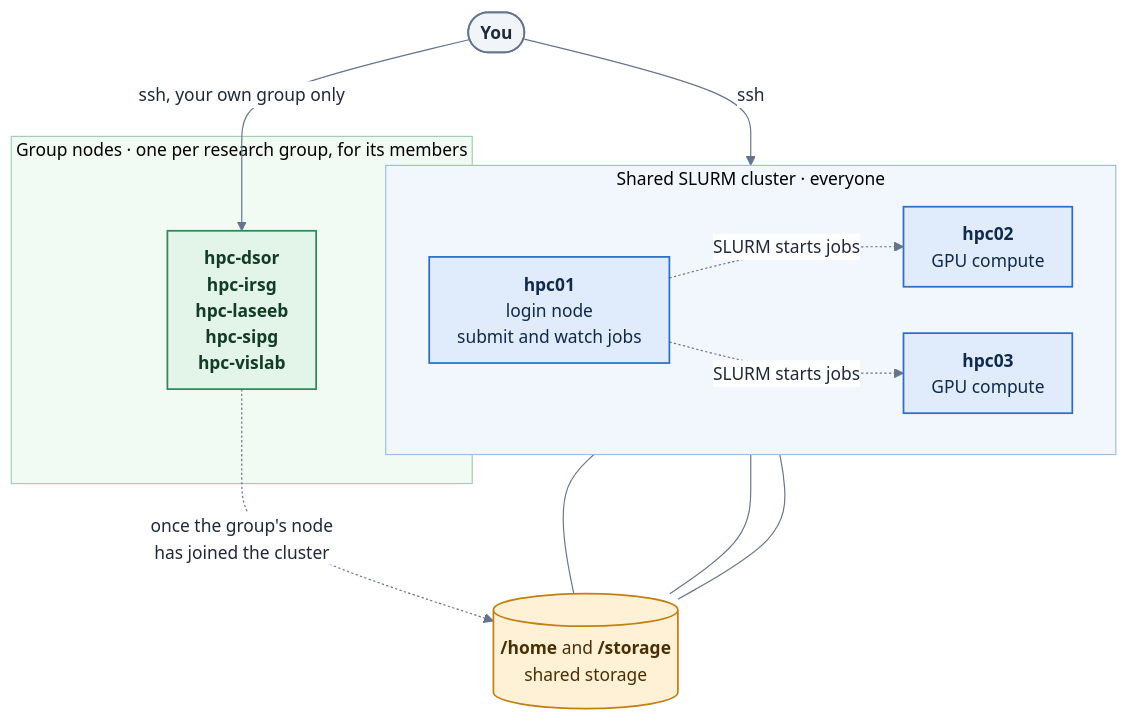
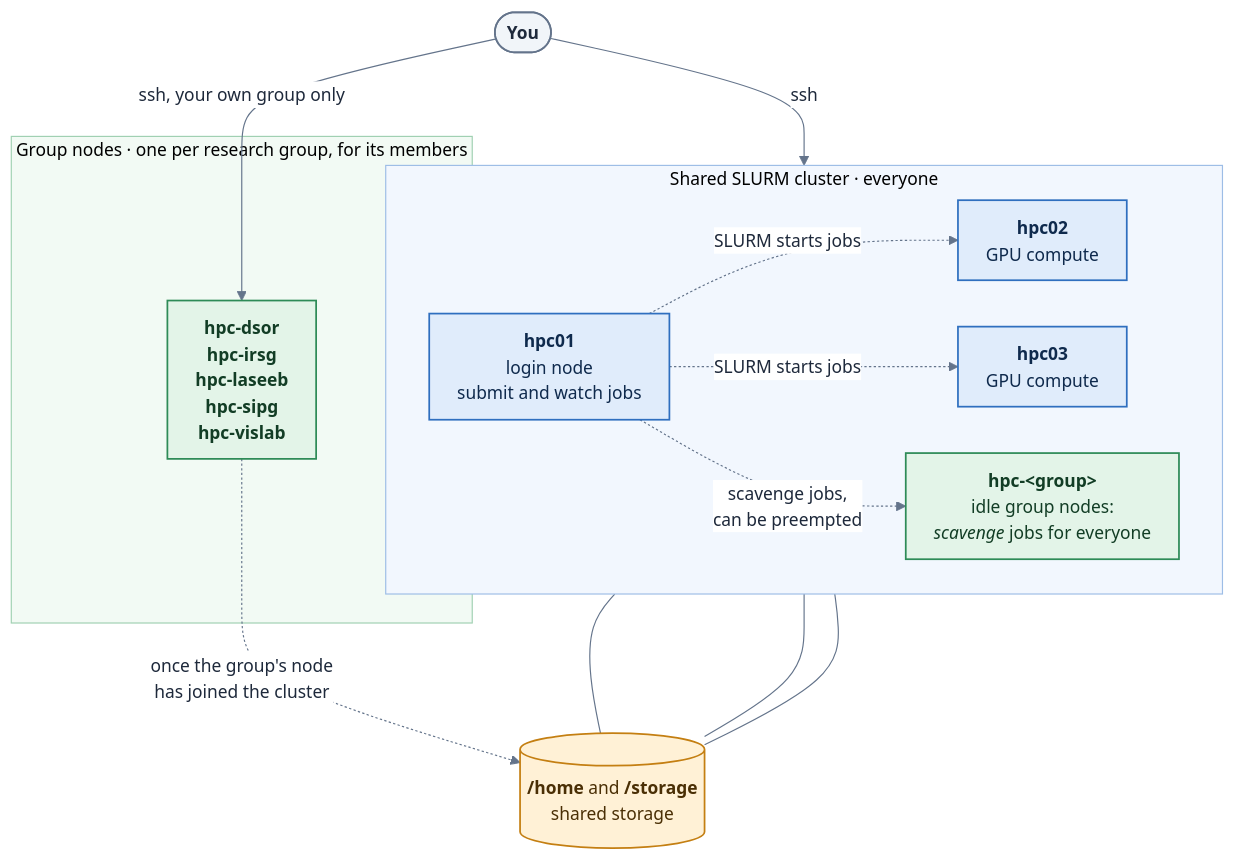
Before and after one commit to hpc-isr/hpc-docs: the diagram in docs/overview/cluster.md, drawn with Mermaid.

Commit message:
Cluster at a glance: show idle group nodes as scavenge capacity in the shared cluster

````diff
--- a/docs/overview/cluster.md
+++ b/docs/overview/cluster.md
@@ -23,34 +23,36 @@
 ```mermaid
 %%{init: {"theme": "base", "flowchart": {"curve": "basis", "nodeSpacing": 40, "rankSpacing": 50, "padding": 12}, "themeVariables": {"fontFamily": "Inter, Segoe UI, Helvetica Neue, Arial, sans-serif", "fontSize": "15px", "primaryColor": "#ffffff", "primaryBorderColor": "#94a3b8", "primaryTextColor": "#1e293b", "lineColor": "#64748b", "clusterBkg": "#f8fafc", "clusterBorder": "#cbd5e1", "edgeLabelBackground": "#ffffff"}}}%%
 flowchart TB
     ME(["<b>You</b>"])
     subgraph SHARED["Shared SLURM cluster · everyone"]
         direction LR
         H1["<b>hpc01</b><br/>login node<br/>submit and watch jobs"]
         H2["<b>hpc02</b><br/>GPU compute"]
         H3["<b>hpc03</b><br/>GPU compute"]
         H1 -. "SLURM starts jobs" .-> H2
         H1 -. "SLURM starts jobs" .-> H3
+        GS["<b>hpc-#lt;group#gt;</b><br/>idle group nodes:<br/><i>scavenge</i> jobs for everyone"]
+        H1 -. "scavenge jobs,<br/>can be preempted" .-> GS
     end
     subgraph GROUPS["Group nodes · one per research group, for its members"]
         G["<b>hpc-dsor</b><br/><b>hpc-irsg</b><br/><b>hpc-laseeb</b><br/><b>hpc-sipg</b><br/><b>hpc-vislab</b>"]
     end
     FS[("<b>/home</b> and <b>/storage</b><br/>shared storage")]
     ME -- "ssh" --> H1
     ME -- "ssh, your own group only" --> G
     H1 --- FS
     H2 --- FS
     H3 --- FS
     G -. "once the group's node<br/>has joined the cluster" .-> FS
     classDef you fill:#f1f5f9,stroke:#64748b,stroke-width:1.5px,color:#1e293b
     classDef shared fill:#e0ecfb,stroke:#2f6fbf,stroke-width:1.5px,color:#0f2a4d
     classDef group fill:#e3f4e8,stroke:#2e8b57,stroke-width:1.5px,color:#123d25
     classDef store fill:#fff1d6,stroke:#c47f12,stroke-width:1.5px,color:#4a2f05
     classDef fast fill:#efe6fa,stroke:#7b4fb3,stroke-width:1.5px,color:#2e1650
     class ME you
     class H1,H2,H3 shared
-    class G group
+    class G,GS group
     class FS store
     style SHARED fill:#f2f7fe,stroke:#9dbde6
     style GROUPS fill:#f2faf4,stroke:#9fd0b1
 ```
````
